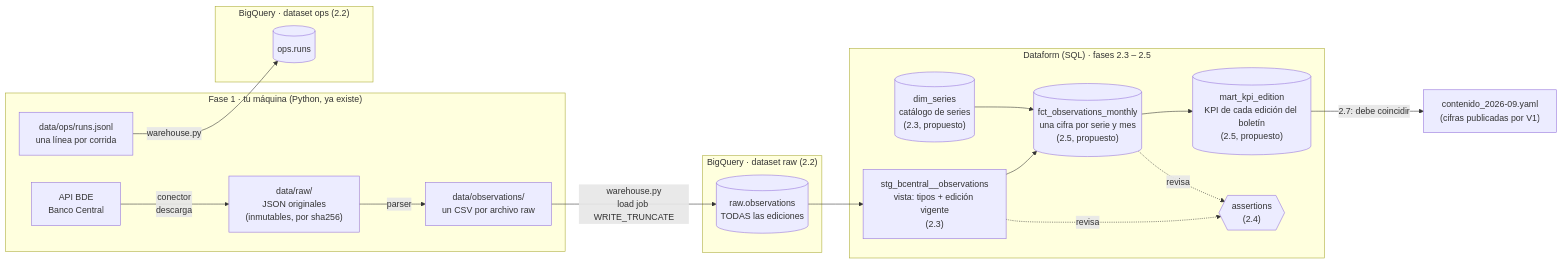
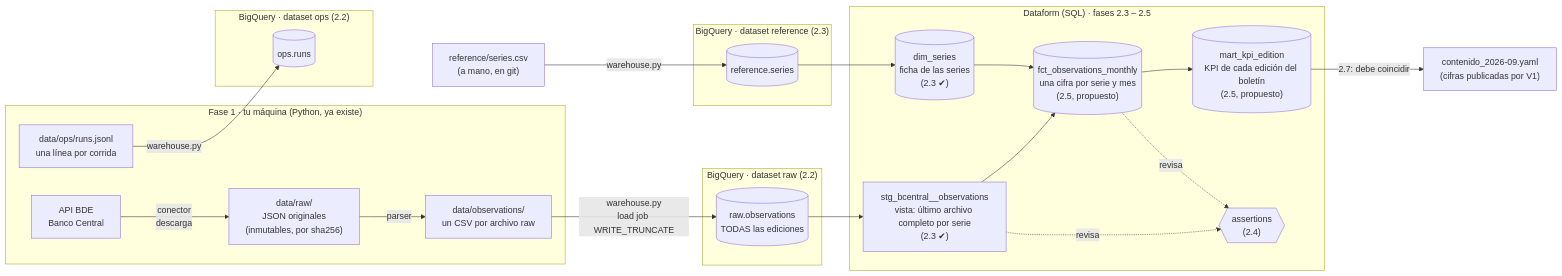
The diagram in docs/aprendizaje/mapa-pipeline.md (RafaelGodoy98/sintesis-economica-v2), drawn with Mermaid before and after one commit. The commit also changed 17 other files, not shown here.

First line of the commit message:
feat: Bank staging view, dim_series and reference data (2.3) (#23)

````diff
--- a/docs/aprendizaje/mapa-pipeline.md
+++ b/docs/aprendizaje/mapa-pipeline.md
@@ -9,34 +9,39 @@
 ```mermaid
 flowchart LR
     subgraph F1["Fase 1 · tu máquina (Python, ya existe)"]
         API["API BDE<br/>Banco Central"] -->|"conector<br/>descarga"| RAWF["data/raw/<br/>JSON originales<br/>(inmutables, por sha256)"]
         RAWF -->|"parser"| CSV["data/observations/<br/>un CSV por archivo raw"]
         RUNS["data/ops/runs.jsonl<br/>una línea por corrida"]
     end
 
     subgraph RAW["BigQuery · dataset raw (2.2)"]
         OBS[("raw.observations<br/>TODAS las ediciones")]
     end
     subgraph OPS["BigQuery · dataset ops (2.2)"]
         RUNST[("ops.runs")]
     end
+    subgraph REF["BigQuery · dataset reference (2.3)"]
+        REFS[("reference.series")]
+    end
+    REFCSV["reference/series.csv<br/>(a mano, en git)"] -->|"warehouse.py"| REFS
 
     CSV -->|"warehouse.py<br/>load job WRITE_TRUNCATE"| OBS
     RUNS -->|"warehouse.py"| RUNST
 
     subgraph DF["Dataform (SQL) · fases 2.3 – 2.5"]
-        STG["stg_bcentral__observations<br/>vista: tipos + edición vigente<br/>(2.3)"]
-        DIM[("dim_series<br/>catálogo de series<br/>(2.3, propuesto)")]
+        STG["stg_bcentral__observations<br/>vista: último archivo completo por serie<br/>(2.3 ✔)"]
+        DIM[("dim_series<br/>ficha de las series<br/>(2.3 ✔)")]
         FCT[("fct_observations_monthly<br/>una cifra por serie y mes<br/>(2.5, propuesto)")]
         KPI[("mart_kpi_edition<br/>KPI de cada edición del boletín<br/>(2.5, propuesto)")]
         AS{{"assertions<br/>(2.4)"}}
     end
 
     OBS --> STG
+    REFS --> DIM
     STG --> FCT
     DIM --> FCT
     FCT --> KPI
     STG -.->|"revisa"| AS
     FCT -.->|"revisa"| AS
     KPI -->|"2.7: debe coincidir"| V1["contenido_2026-09.yaml<br/>(cifras publicadas por V1)"]
 ```
````
